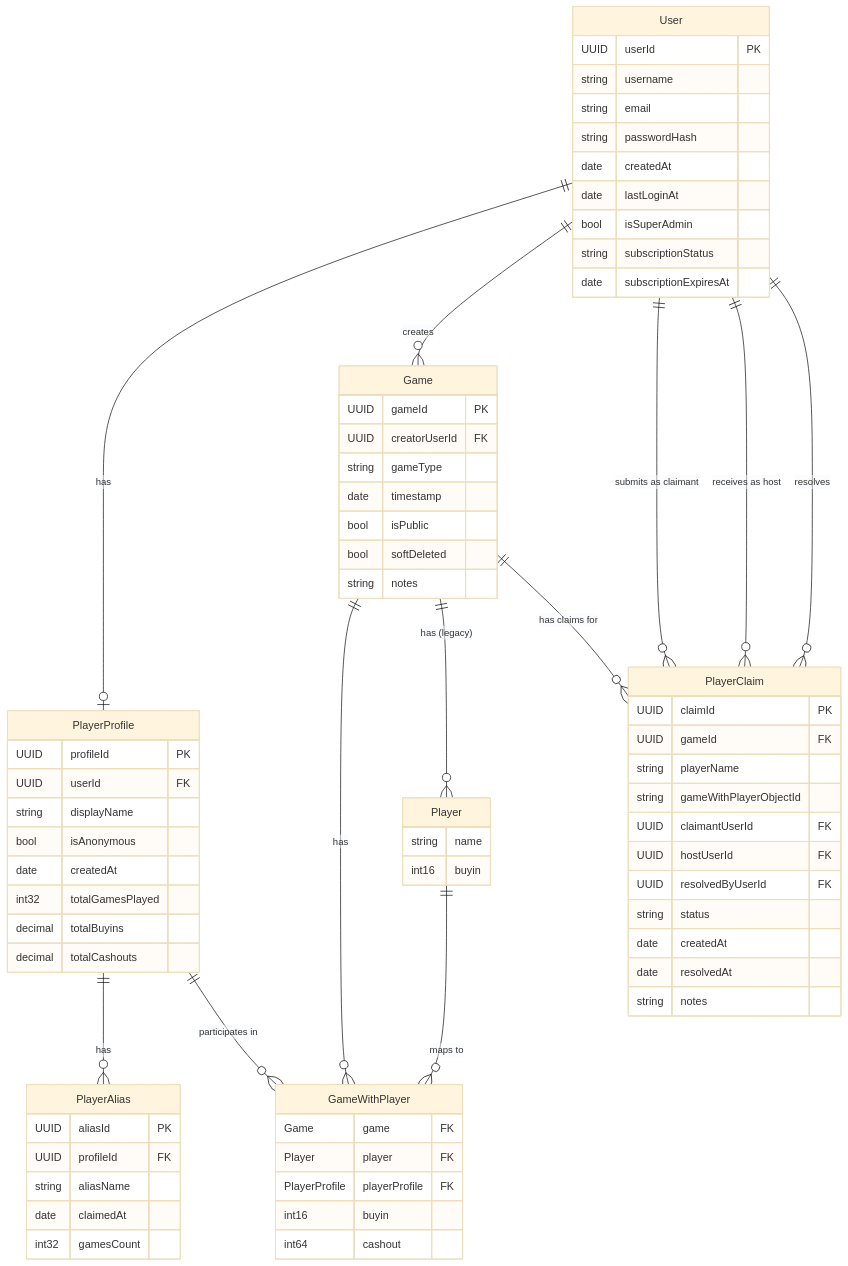
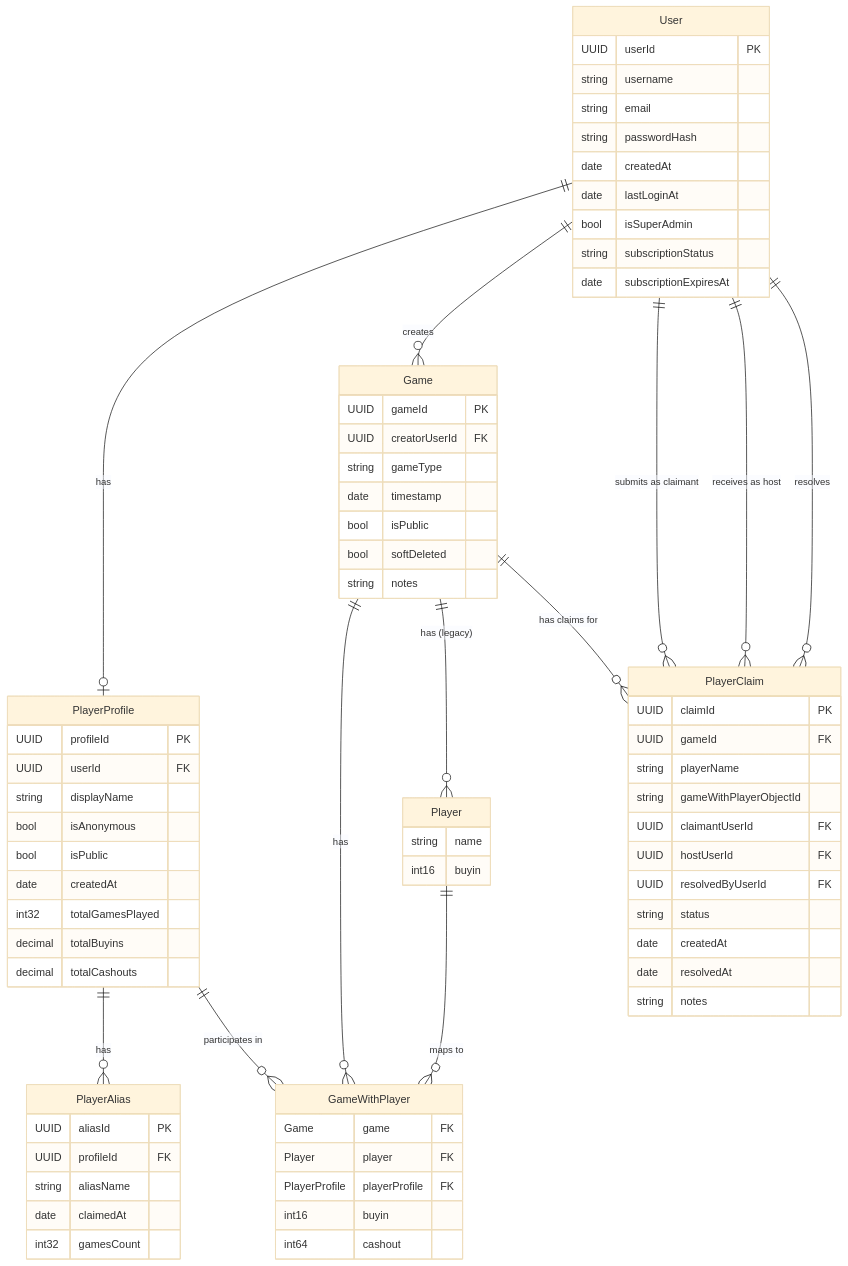
Before and after one commit to NicolasSev/gamesCheck: the first of 11 diagrams in docs/DATA_DIAGRAM.md, drawn with Mermaid (base theme). The commit also changed other lines of this file and 38 other files, not shown here.

```diff
--- a/docs/DATA_DIAGRAM.md
+++ b/docs/DATA_DIAGRAM.md
@@ -43,6 +43,7 @@
         UUID userId FK
         string displayName
         bool isAnonymous
+        bool isPublic
         date createdAt
         int32 totalGamesPlayed
         decimal totalBuyins
```
